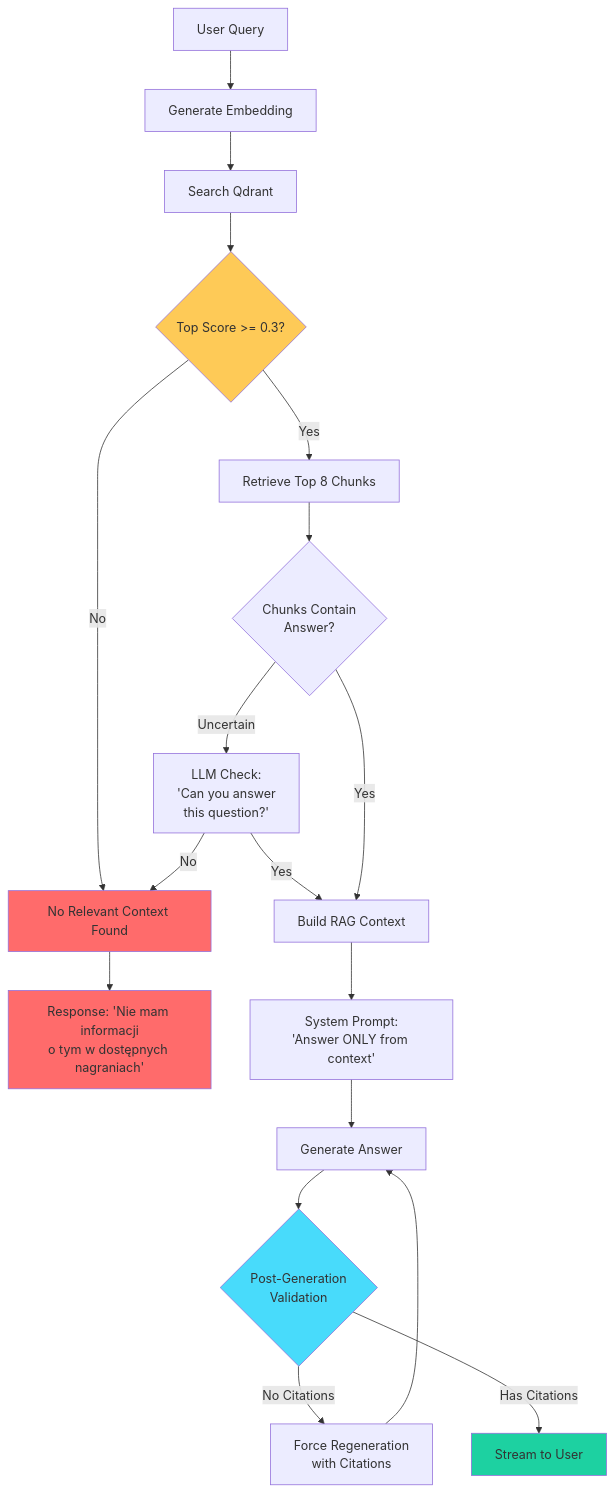
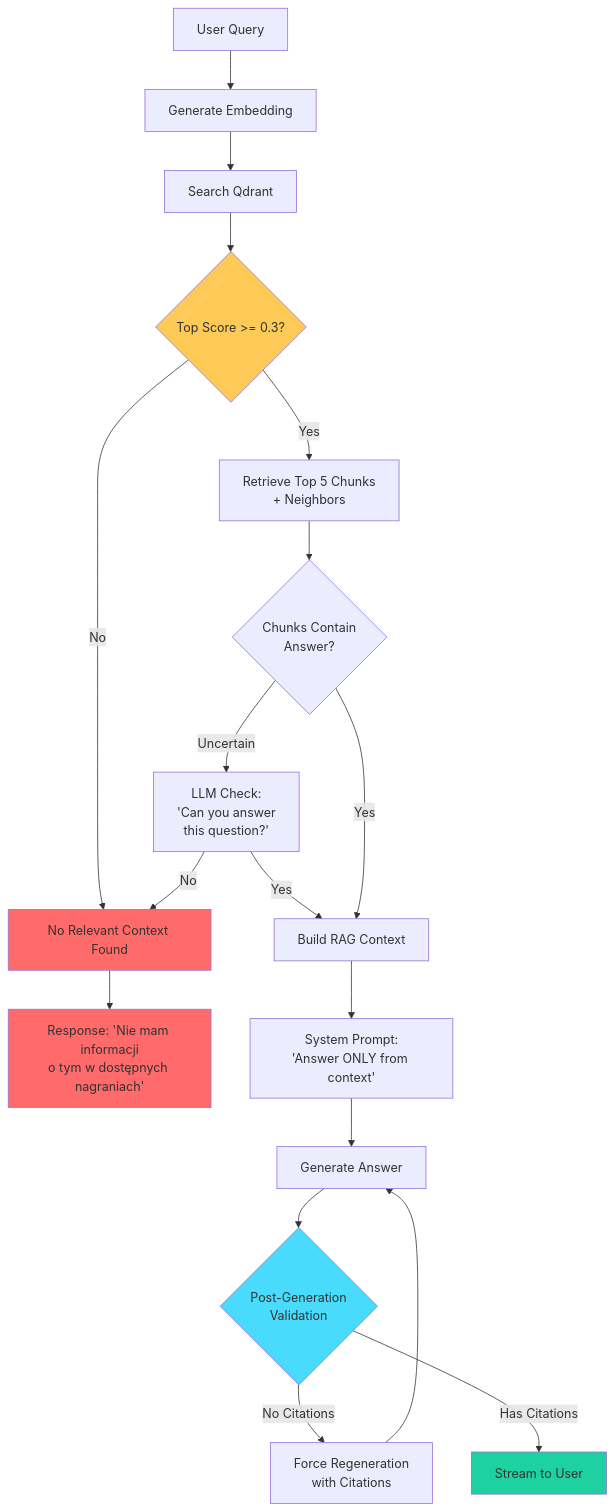
One commit to matjanos/neuca-chatbot changed diagram 12 of 16 in DIAGRAMS.md. Above: the diagram before and after it, drawn with Mermaid. The commit also changed other lines of this file and 13 other files, not shown here.

````diff
--- a/DIAGRAMS.md
+++ b/DIAGRAMS.md
@@ -453,32 +460,32 @@
 ```mermaid
 flowchart TD
     A[User Query] --> B[Generate Embedding]
     B --> C[Search Qdrant]
     C --> D{Top Score >= 0.3?}
 
     D -->|No| E[No Relevant Context Found]
     E --> F["Response: 'Nie mam informacji<br/>o tym w dostępnych nagraniach'"]
 
-    D -->|Yes| G[Retrieve Top 8 Chunks]
+    D -->|Yes| G[Retrieve Top 5 Chunks<br/>+ Neighbors]
     G --> H{Chunks Contain<br/>Answer?}
 
     H -->|Uncertain| I["LLM Check:<br/>'Can you answer<br/>this question?'"]
     I -->|No| E
     I -->|Yes| J[Build RAG Context]
 
     H -->|Yes| J
     J --> K[System Prompt:<br/>'Answer ONLY from context']
     K --> L[Generate Answer]
     L --> M{Post-Generation<br/>Validation}
 
     M -->|No Citations| N[Force Regeneration<br/>with Citations]
     M -->|Has Citations| O[Stream to User]
 
     N --> L
 
     style E fill:#ff6b6b
     style F fill:#ff6b6b
     style D fill:#feca57
     style M fill:#48dbfb
     style O fill:#1dd1a1
 ```
````
